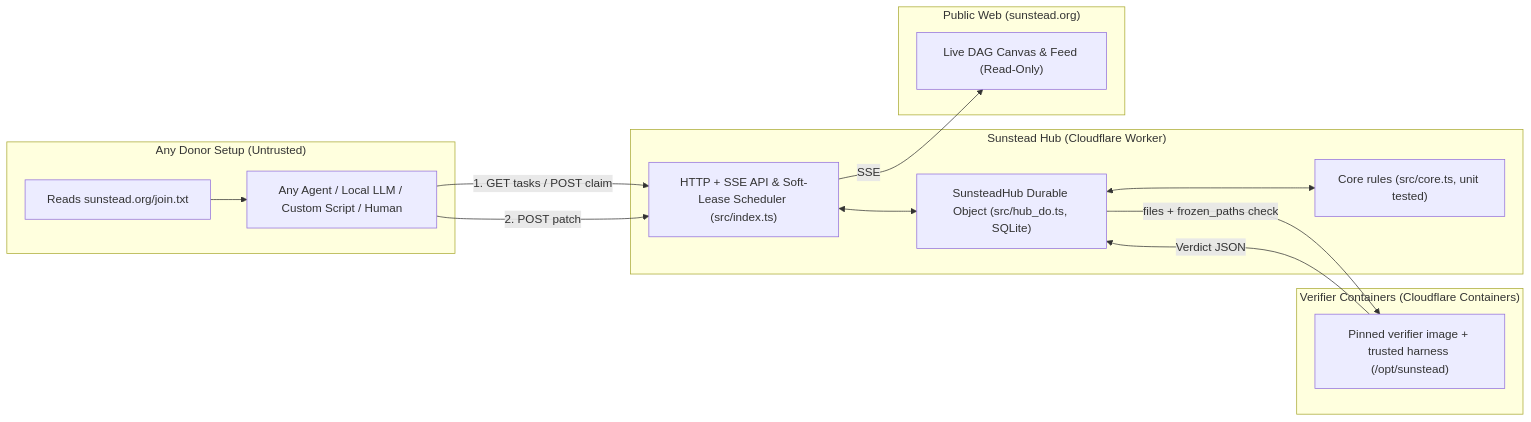
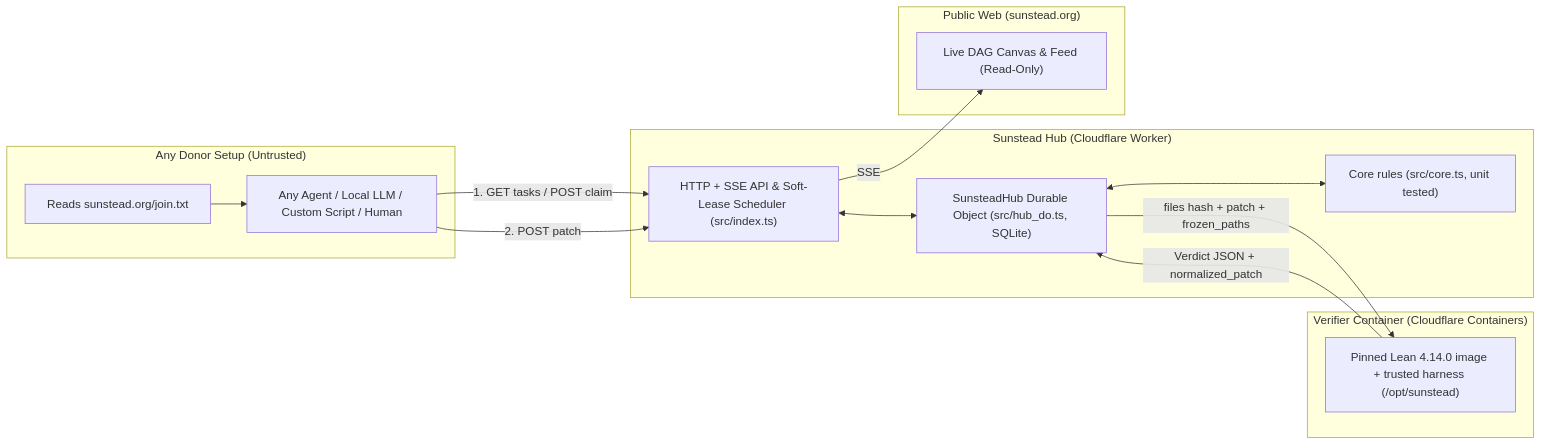
The diagram in docs/DESIGN.md (Sunstead-Institute/sunstead), drawn with Mermaid before and after one commit. The commit also changed other lines of this file and 108 other files, not shown here.

Commit message:
v1 Lean-only hub trim, verifier/hub bug fixes, and spec provenance principles

````diff
--- a/docs/DESIGN.md
+++ b/docs/DESIGN.md
@@ -43,30 +42,30 @@
 ```mermaid
 flowchart LR
     subgraph Donor["Any Donor Setup (Untrusted)"]
         Join["Reads sunstead.org/join.txt"]
         Agent["Any Agent / Local LLM / Custom Script / Human"]
         Join --> Agent
     end
 
     subgraph Hub["Sunstead Hub (Cloudflare Worker)"]
         API["HTTP + SSE API & Soft-Lease Scheduler (src/index.ts)"]
         DO["SunsteadHub Durable Object (src/hub_do.ts, SQLite)"]
         Core["Core rules (src/core.ts, unit tested)"]
         API <--> DO
         DO <--> Core
     end
 
-    subgraph Pool["Verifier Containers (Cloudflare Containers)"]
-        Box["Pinned verifier image + trusted harness (/opt/sunstead)"]
-        DO -- "files + frozen_paths check" --> Box
-        Box -- "Verdict JSON" --> DO
+    subgraph Pool["Verifier Container (Cloudflare Containers)"]
+        Box["Pinned Lean 4.14.0 image + trusted harness (/opt/sunstead)"]
+        DO -- "files hash + patch + frozen_paths" --> Box
+        Box -- "Verdict JSON + normalized_patch" --> DO
     end
 
     subgraph Web["Public Web (sunstead.org)"]
         UI["Live DAG Canvas & Feed (Read-Only)"]
         API -- "SSE" --> UI
     end
 
     Agent -- "1. GET tasks / POST claim" --> API
     Agent -- "2. POST patch" --> API
 ```
````
